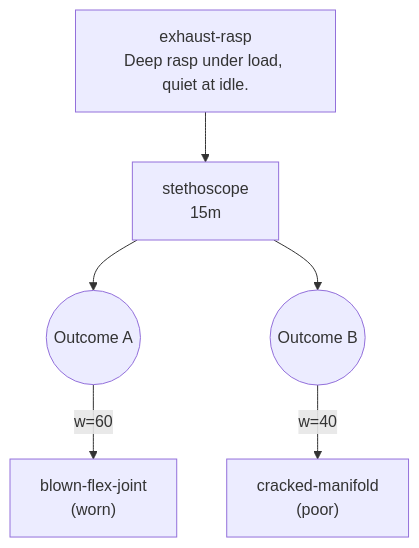
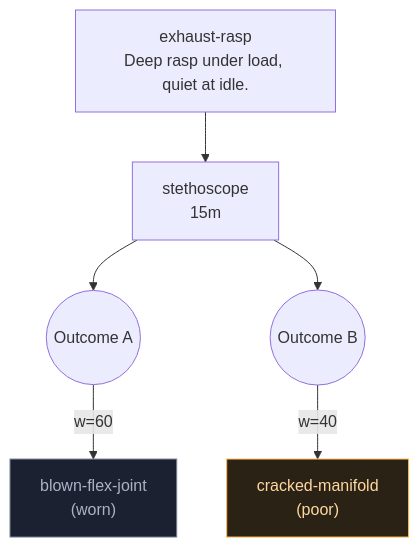
Diagram 14 of 17 in docs/design/failure-map.generated.md (DashDev151/midnight_garage), drawn with Mermaid before and after one commit. The commit also changed other lines of this file and 24 other files, not shown here.

````diff
--- a/docs/design/failure-map.generated.md
+++ b/docs/design/failure-map.generated.md
@@ -529,12 +544,16 @@
 ```mermaid
 flowchart TD
   SYM_exhaust_rasp["exhaust-rasp<br/>Deep rasp under load, quiet at idle."]
   T_stethoscope["stethoscope<br/>15m"]
   SYM_exhaust_rasp --> T_stethoscope
   T_stethoscope --> T_stethoscope_G0(("Outcome A"))
-  FM_blown_flex_joint["blown-flex-joint<br/>(worn)"]
+  FM_blown_flex_joint["blown-flex-joint<br/>(worn)"]:::mild
   T_stethoscope_G0 -->|"w=60"| FM_blown_flex_joint
   T_stethoscope --> T_stethoscope_G1(("Outcome B"))
-  FM_cracked_manifold["cracked-manifold<br/>(poor)"]
+  FM_cracked_manifold["cracked-manifold<br/>(poor)"]:::mid
   T_stethoscope_G1 -->|"w=40"| FM_cracked_manifold
+  classDef grenade fill:#2a1420,stroke:#ff5470,color:#ff9db0
+  classDef gem fill:#14261b,stroke:#7ed491,color:#a9e8bb
+  classDef mid fill:#2a2214,stroke:#ffb454,color:#ffd8a1
+  classDef mild fill:#1b2130,stroke:#79839a,color:#aab3c5
 ```
````
